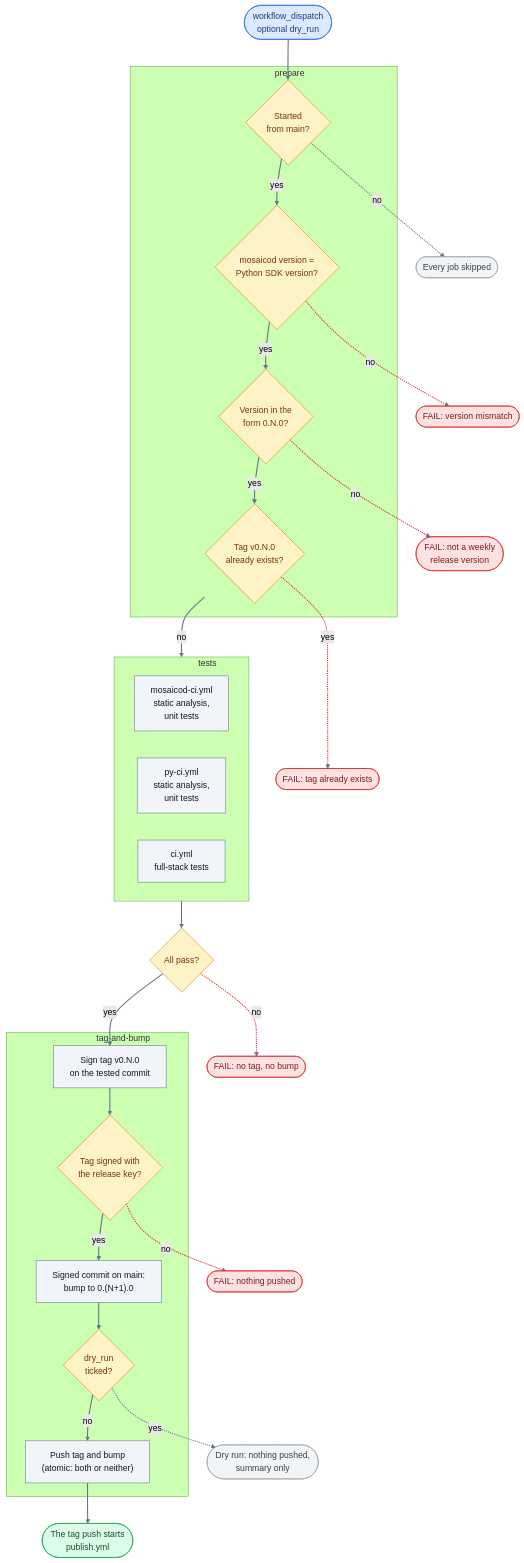
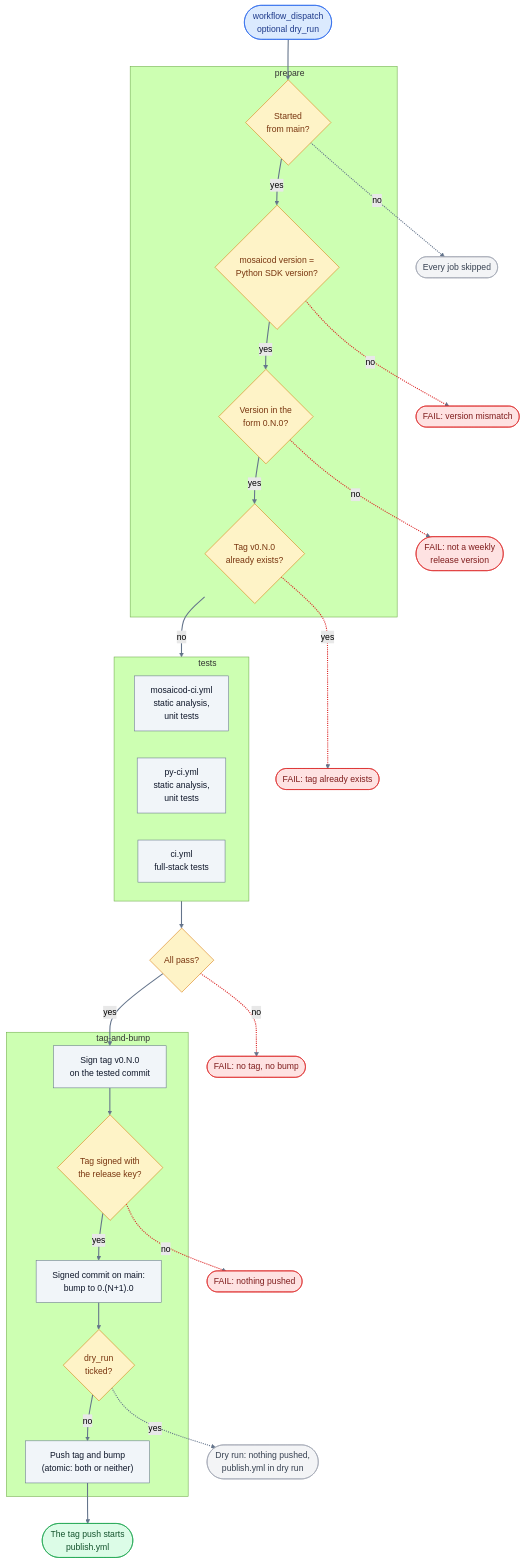
One commit to mosaico-labs/mosaico changed the first of 2 diagrams in RELEASING.md. Above: the diagram before and after it, drawn with Mermaid (forest theme). The commit also changed other lines of this file and 1 other file, not shown here.

Commit message:
docs: document the release dry run

````diff
--- a/RELEASING.md
+++ b/RELEASING.md
@@ -27,71 +32,71 @@
 ```mermaid
 flowchart TD
     trigger(["workflow_dispatch<br/>optional dry_run"])
 
     subgraph prep["#emsp;#emsp;#emsp;#emsp;#emsp;#emsp;prepare"]
         onMain{"Started<br/>from main?"}
         sameVersion{"mosaicod version =<br/>Python SDK version?"}
         weekly{"Version in the<br/>form 0.N.0?"}
         tagExists{"Tag v0.N.0<br/>already exists?"}
     end
 
     subgraph tests["#emsp;#emsp;#emsp;#emsp;#emsp;#emsp;tests"]
         mosaicodCi["mosaicod-ci.yml<br/>static analysis,<br/>unit tests"]
         pyCi["py-ci.yml<br/>static analysis,<br/>unit tests"]
         ci["ci.yml<br/>full-stack tests"]
     end
 
     subgraph tb["#emsp;#emsp;#emsp;#emsp;#emsp;#emsp;tag-and-bump"]
         sign["Sign tag v0.N.0<br/>on the tested commit"]
         signed{"Tag signed with<br/>the release key?"}
         bump["Signed commit on main:<br/>bump to 0.(N+1).0"]
         dryRun{"dry_run<br/>ticked?"}
         push["Push tag and bump<br/>(atomic: both or neither)"]
     end
 
     allPass{"All pass?"}
     skipped(["Every job skipped"])
     failMismatch(["FAIL: version mismatch"])
     failWeekly(["FAIL: not a weekly<br/>release version"])
     failExists(["FAIL: tag already exists"])
     failTests(["FAIL: no tag, no bump"])
     failSign(["FAIL: nothing pushed"])
-    summary(["Dry run: nothing pushed,<br/>summary only"])
+    summary(["Dry run: nothing pushed,<br/>publish.yml in dry run"])
     publish(["The tag push starts<br/>publish.yml"])
 
     trigger --> onMain
     onMain -. no .-> skipped
     onMain -- yes --> sameVersion
     sameVersion -. no .-> failMismatch
     sameVersion -- yes --> weekly
     weekly -. no .-> failWeekly
     weekly -- yes --> tagExists
     tagExists -. yes .-> failExists
     tagExists -- no --> tests
     tests --> allPass
     allPass -. no .-> failTests
     allPass -- yes --> sign
     sign --> signed
     signed -. no .-> failSign
     signed -- yes --> bump
     bump --> dryRun
     dryRun -. yes .-> summary
     dryRun -- no --> push
     push --> publish
 
     classDef start fill:#dbeafe,stroke:#2563eb,color:#1e3a8a
     classDef check fill:#fef3c7,stroke:#d97706,color:#78350f
     classDef step fill:#f1f5f9,stroke:#64748b,color:#0f172a
     classDef done fill:#dcfce7,stroke:#16a34a,color:#14532d
     classDef fail fill:#fee2e2,stroke:#dc2626,color:#7f1d1d
     classDef skip fill:#f3f4f6,stroke:#9ca3af,color:#374151
     linkStyle default stroke:#64748b,stroke-width:2px
     linkStyle 3,5,7,10,13 stroke:#dc2626,stroke-width:2px
 
     class trigger start
     class onMain,sameVersion,weekly,tagExists,allPass,signed,dryRun check
     class mosaicodCi,pyCi,ci,sign,bump,push step
     class publish done
     class failMismatch,failWeekly,failExists,failTests,failSign fail
     class skipped,summary skip
 ```
````
